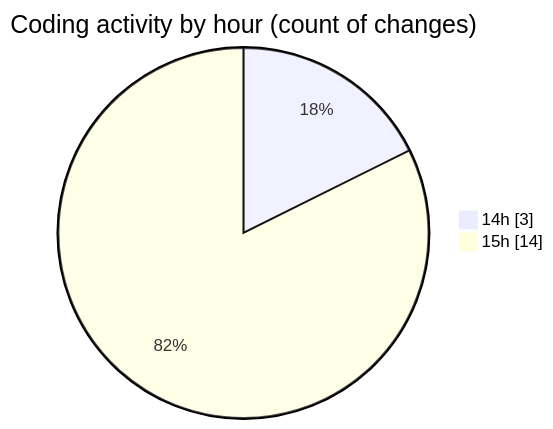
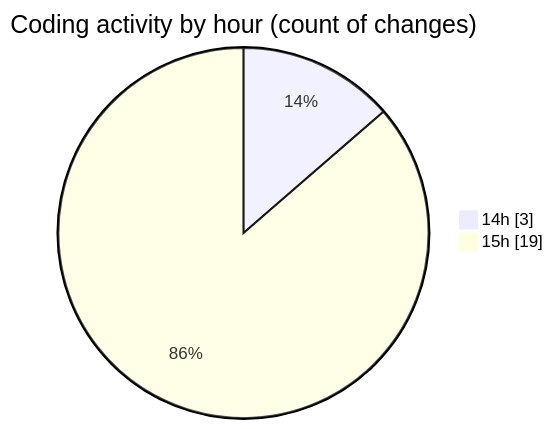
One commit to debugP/code-tracking changed the second of 2 diagrams in 2025-10-02/untitled__workspace_/README.md. Above: the diagram before and after it, drawn with Mermaid. The commit also changed other lines of this file and 1 other file, not shown here.

````diff
--- a/2025-10-02/untitled__workspace_/README.md
+++ b/2025-10-02/untitled__workspace_/README.md
@@ -28,6 +28,6 @@
 ```mermaid
 pie showData
 title Coding activity by hour (count of changes)
 "14h" : 3
-"15h" : 14
+"15h" : 19
 ```
````
